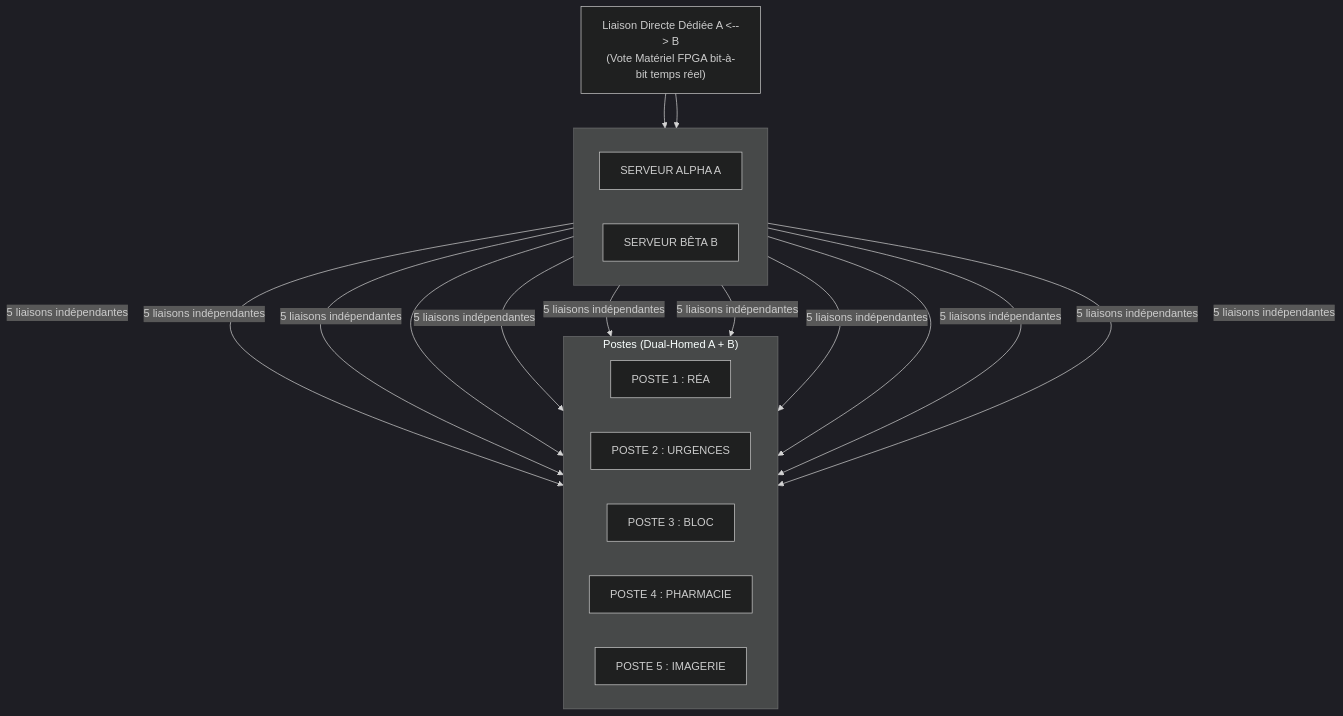
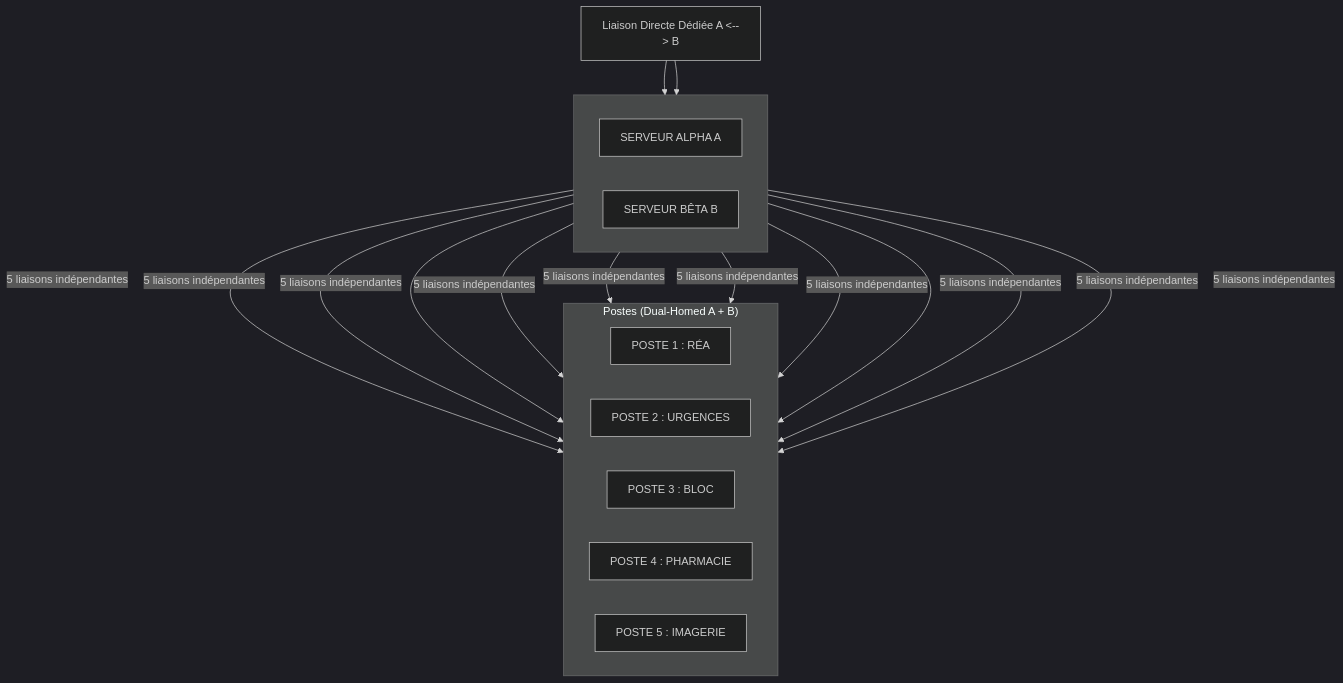
Before and after one commit to tedehur/Livre_Blanc_Octet_Econome_Complet.md: the first of 3 diagrams in Livre_Blanc_Octet_Econome_Complet.md, drawn with Mermaid (dark theme).

Commit message:
Fix formatting in Mermaid diagram description

````diff
--- a/Livre_Blanc_Octet_Econome_Complet.md
+++ b/Livre_Blanc_Octet_Econome_Complet.md
@@ -23,33 +23,33 @@
 ```mermaid
 flowchart TB
-    LD["Liaison Directe Dédiée A <--> B<br/>(Vote Matériel FPGA bit-à-bit temps réel)"]
+    LD["Liaison Directe Dédiée A <--> B<br(Vote Matériel FPGA bit-à-bit temps réel)"]
 
     subgraph infra[" "]
         direction LR
         A["SERVEUR ALPHA A<br(Backbone Primaire)"]
         B["SERVEUR BÊTA B<br(Miroir Indépendant)"]
     end
 
     LD --> A
     LD --> B
 
     subgraph postes["Postes (Dual-Homed A + B)"]
         direction LR
         P1["POSTE 1 : RÉA"]
         P2["POSTE 2 : URGENCES"]
         P3["POSTE 3 : BLOC"]
         P4["POSTE 4 : PHARMACIE"]
         P5["POSTE 5 : IMAGERIE"]
     end
 
     A -->|5 liaisons indépendantes| P1
     B -->|5 liaisons indépendantes| P1
     A -->|5 liaisons indépendantes| P2
     B -->|5 liaisons indépendantes| P2
     A -->|5 liaisons indépendantes| P3
     B -->|5 liaisons indépendantes| P3
     A -->|5 liaisons indépendantes| P4
     B -->|5 liaisons indépendantes| P4
     A -->|5 liaisons indépendantes| P5
     B -->|5 liaisons indépendantes| P5
 ```
````
